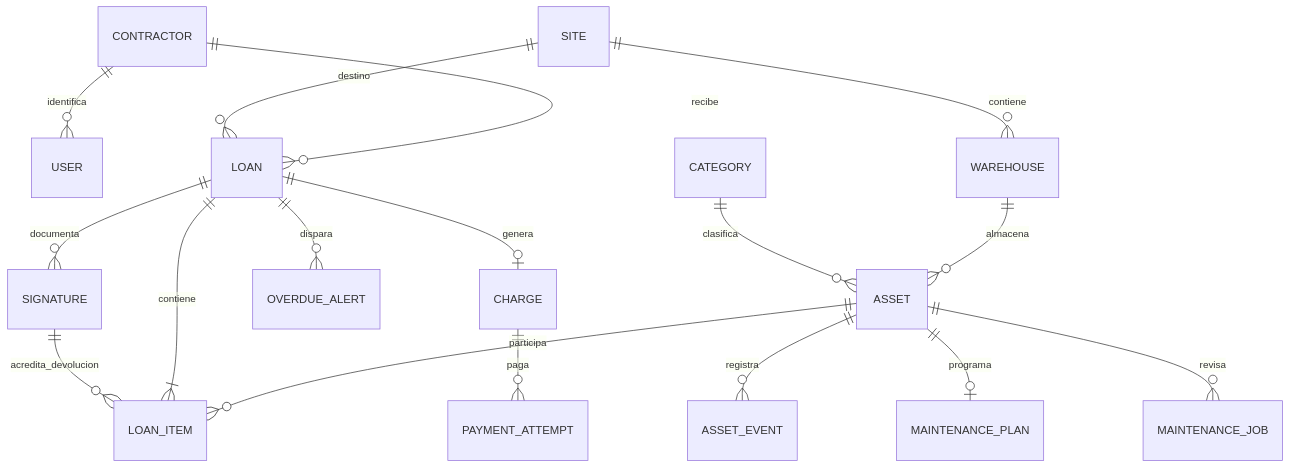
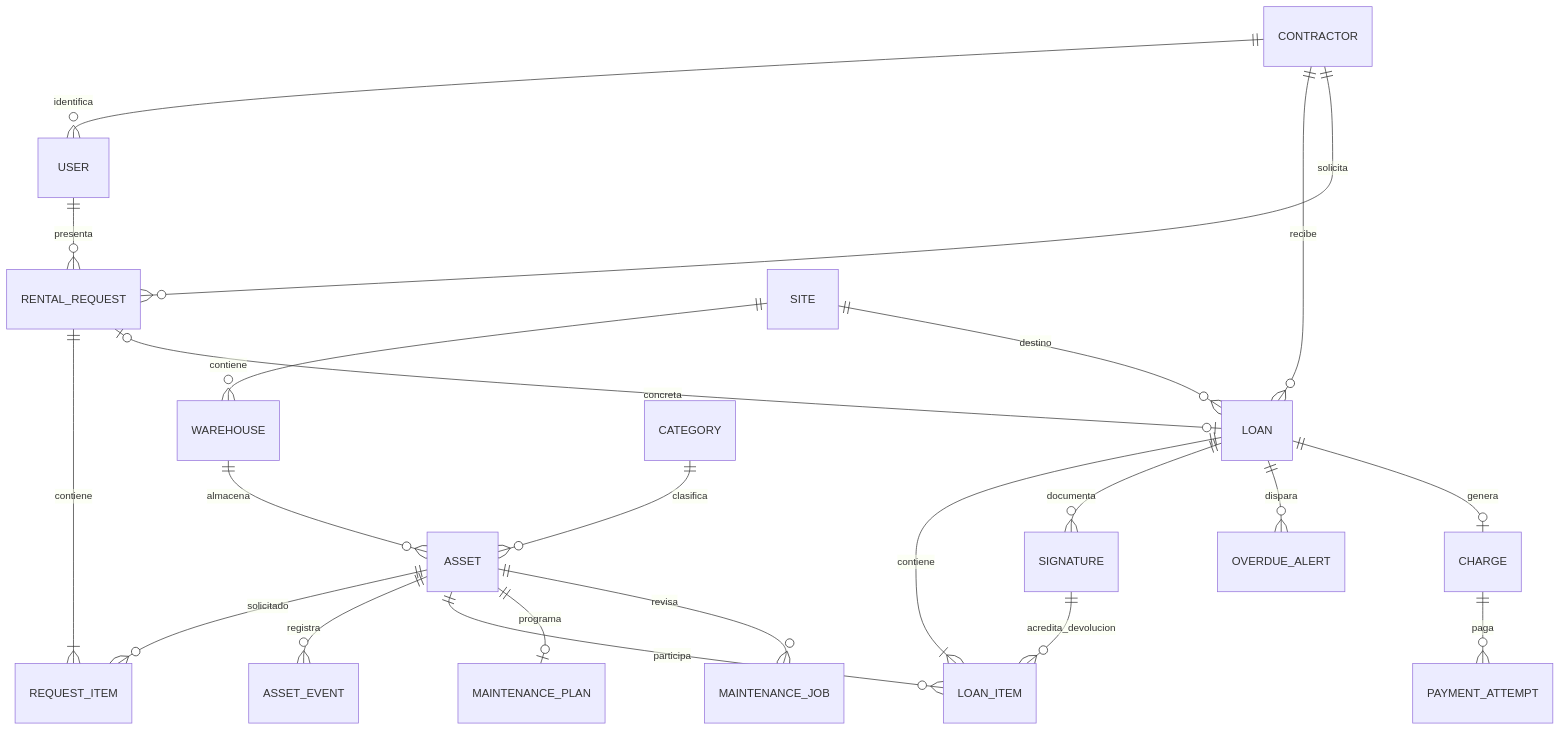
One commit to Vitoco6844/backend_eva3 changed the diagram in docs/MODELO_RELACIONAL.md. Above: the diagram before and after it, drawn with Mermaid. The commit also changed other lines of this file and 8 other files, not shown here.

````diff
--- a/docs/MODELO_RELACIONAL.md
+++ b/docs/MODELO_RELACIONAL.md
@@ -3,19 +3,24 @@
 ```mermaid
 erDiagram
  CONTRACTOR ||--o{ USER : identifica
  CONTRACTOR ||--o{ LOAN : recibe
+ CONTRACTOR ||--o{ RENTAL_REQUEST : solicita
+ USER ||--o{ RENTAL_REQUEST : presenta
+ RENTAL_REQUEST ||--|{ REQUEST_ITEM : contiene
+ ASSET ||--o{ REQUEST_ITEM : solicitado
+ RENTAL_REQUEST |o--o| LOAN : concreta
  SITE ||--o{ WAREHOUSE : contiene
  SITE ||--o{ LOAN : destino
  WAREHOUSE ||--o{ ASSET : almacena
  CATEGORY ||--o{ ASSET : clasifica
  ASSET ||--o{ ASSET_EVENT : registra
  ASSET ||--o{ LOAN_ITEM : participa
  LOAN ||--|{ LOAN_ITEM : contiene
  LOAN ||--o{ SIGNATURE : documenta
  SIGNATURE ||--o{ LOAN_ITEM : acredita_devolucion
  LOAN ||--o{ OVERDUE_ALERT : dispara
  ASSET ||--o| MAINTENANCE_PLAN : programa
  ASSET ||--o{ MAINTENANCE_JOB : revisa
  LOAN ||--o| CHARGE : genera
  CHARGE ||--o{ PAYMENT_ATTEMPT : paga
 ```
````
